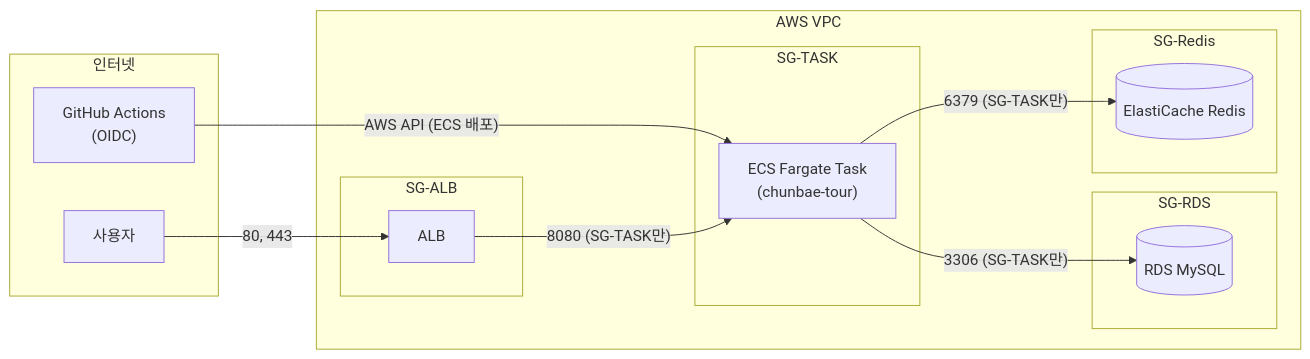
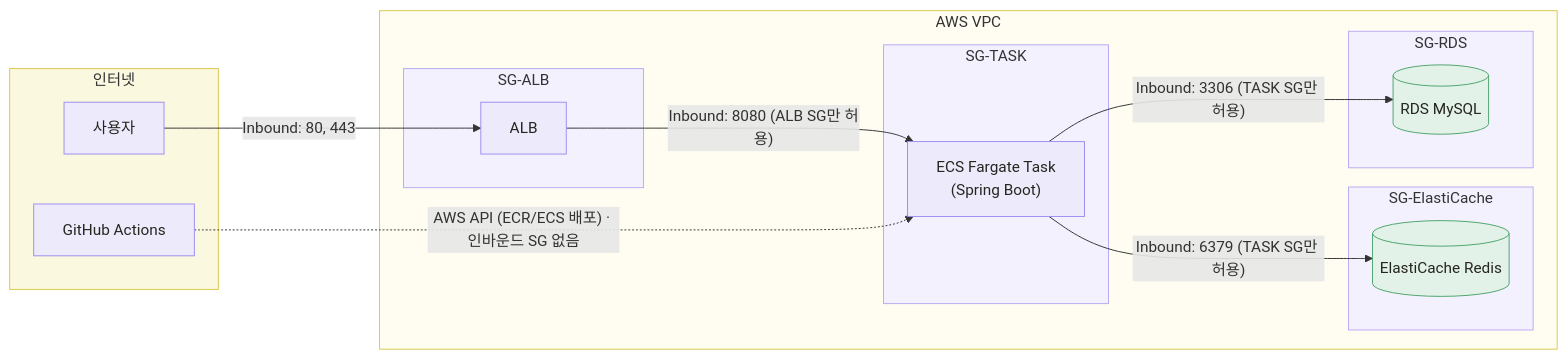
The fourth of 6 diagrams in v3/07_인프라_아키텍처_다이어그램.md (chunbae-tour/docs), drawn with Mermaid before and after one commit. The commit also changed other lines of this file, not shown here.

````diff
--- a/v3/07_인프라_아키텍처_다이어그램.md
+++ b/v3/07_인프라_아키텍처_다이어그램.md
@@ -210,28 +178,39 @@
 ```mermaid
-graph LR
-    subgraph INTERNET["인터넷"]
-        USER["사용자"]
-        GH_ACTIONS["GitHub Actions\n(OIDC)"]
+flowchart LR
+    subgraph Internet["인터넷"]
+        User["사용자"]
+        GHA["GitHub Actions"]
     end
 
     subgraph VPC["AWS VPC"]
-        subgraph SG_ALB["SG-ALB"]
+        subgraph SGALB["SG-ALB"]
             ALB["ALB"]
         end
-        subgraph SG_TASK["SG-TASK"]
-            TASK["ECS Fargate Task\n(chunbae-tour)"]
+        subgraph SGTASK["SG-TASK"]
+            Task["ECS Fargate Task<br/>(Spring Boot)"]
         end
-        subgraph SG_RDS["SG-RDS"]
+        subgraph SGRedis["SG-ElastiCache"]
+            Redis[("ElastiCache Redis")]
+        end
+        subgraph SGRDS["SG-RDS"]
             RDS[("RDS MySQL")]
-        end
-        subgraph SG_REDIS["SG-Redis"]
-            REDIS[("ElastiCache Redis")]
         end
     end
 
-    USER -->|"80, 443"| ALB
-    GH_ACTIONS -->|"AWS API (ECS 배포)"| TASK
-    ALB -->|"8080 (SG-TASK만)"| TASK
-    TASK -->|"3306 (SG-TASK만)"| RDS
-    TASK -->|"6379 (SG-TASK만)"| REDIS
+    User -->|"Inbound: 80, 443"| ALB
+    ALB -->|"Inbound: 8080 (ALB SG만 허용)"| Task
+    Task -->|"Inbound: 6379 (TASK SG만 허용)"| Redis
+    Task -->|"Inbound: 3306 (TASK SG만 허용)"| RDS
+    GHA -.->|"AWS API (ECR/ECS 배포) · 인바운드 SG 없음"| Task
+
+    classDef node fill:#EDEAFB,stroke:#9D8DF1,color:#26251F;
+    classDef store fill:#E3F2E8,stroke:#4CA46A,color:#26251F;
+    class User,GHA,ALB,Task node;
+    class RDS,Redis store;
+    style VPC fill:#FFFDF2,stroke:#D9C84B;
+    style Internet fill:#FBF8E0,stroke:#D9C84B;
+    style SGALB fill:#F4F1FF,stroke:#B9A9F1;
+    style SGTASK fill:#F4F1FF,stroke:#B9A9F1;
+    style SGRedis fill:#F4F1FF,stroke:#B9A9F1;
+    style SGRDS fill:#F4F1FF,stroke:#B9A9F1;
 ```
````
